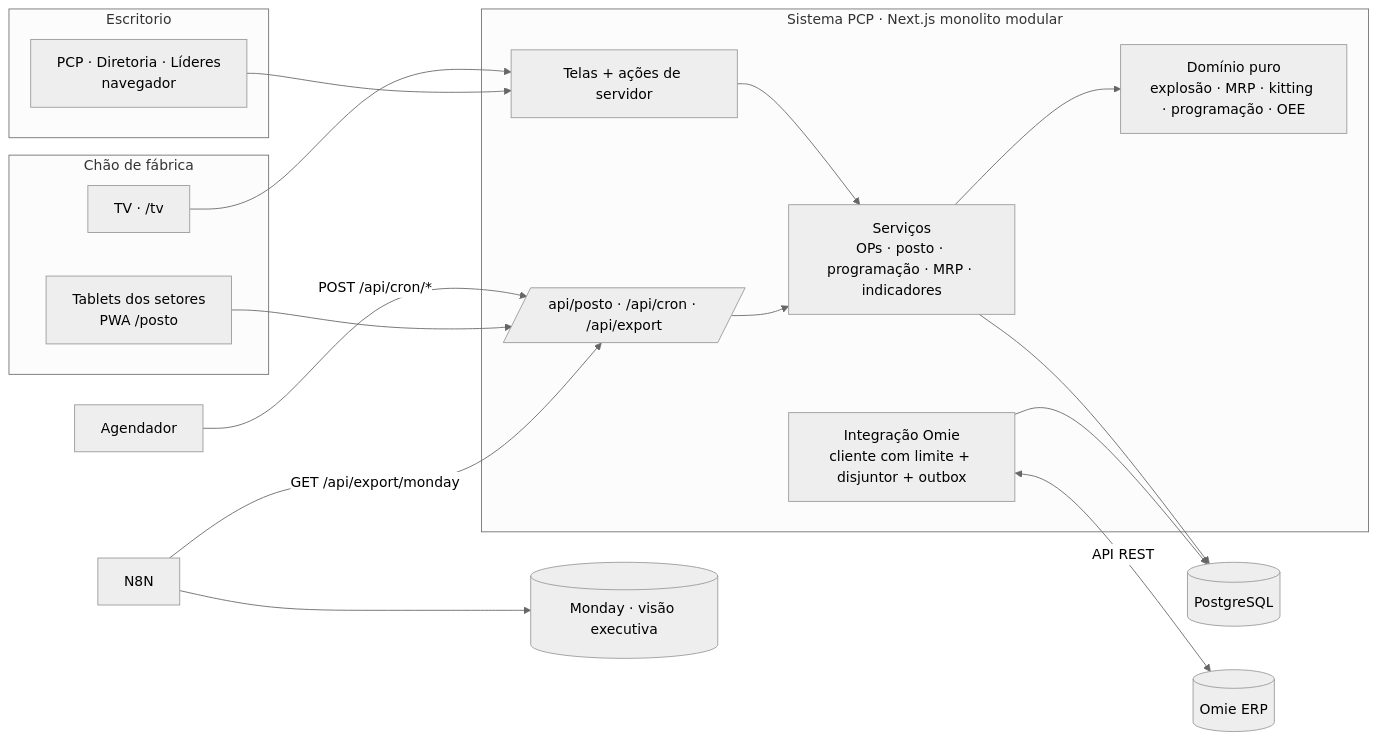
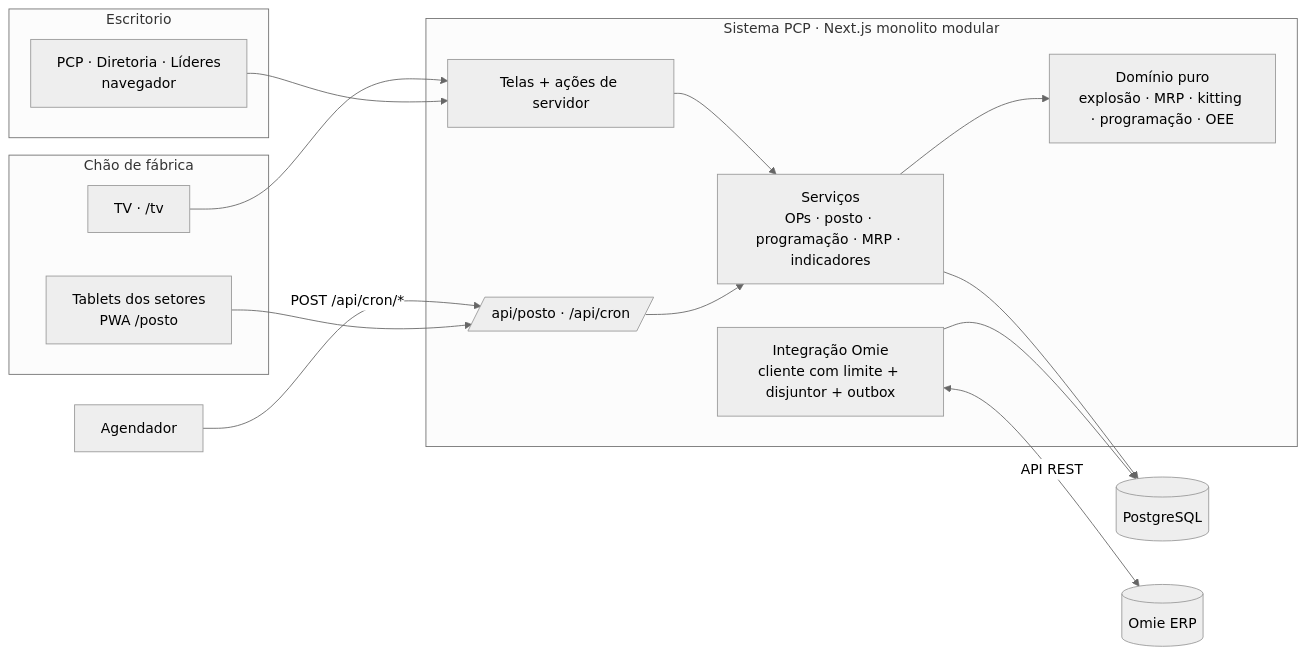
One commit to Galdes/pcp-moraes changed the first of 2 diagrams in docs/ARQUITETURA.md. Above: the diagram before and after it, drawn with Mermaid (neutral theme). The commit also changed 1 other file, not shown here.

````diff
--- a/docs/ARQUITETURA.md
+++ b/docs/ARQUITETURA.md
@@ -11,30 +11,28 @@
 ```mermaid
 flowchart LR
   subgraph Fabrica[Chão de fábrica]
     T[Tablets dos setores<br/>PWA /posto]
     TV[TV · /tv]
   end
   subgraph Escritorio
     U[PCP · Diretoria · Líderes<br/>navegador]
   end
   subgraph PCP[Sistema PCP · Next.js monolito modular]
     UI[Telas + ações de servidor]
-    API[/api/posto · /api/cron · /api/export/]
+    API[/api/posto · /api/cron/]
     D[Domínio puro<br/>explosão · MRP · kitting · programação · OEE]
     S[Serviços<br/>OPs · posto · programação · MRP · indicadores]
     I[Integração Omie<br/>cliente com limite + disjuntor + outbox]
   end
   DB[(PostgreSQL)]
   OMIE[(Omie ERP)]
-  N8N[N8N] --> MON[(Monday · visão executiva)]
   CRON[Agendador] -->|POST /api/cron/*| API
   T --> API
   TV --> UI
   U --> UI
   UI --> S --> D
   API --> S
   S --> DB
   I --> DB
   I <-->|API REST| OMIE
-  N8N -->|GET /api/export/monday| API
 ```
````
